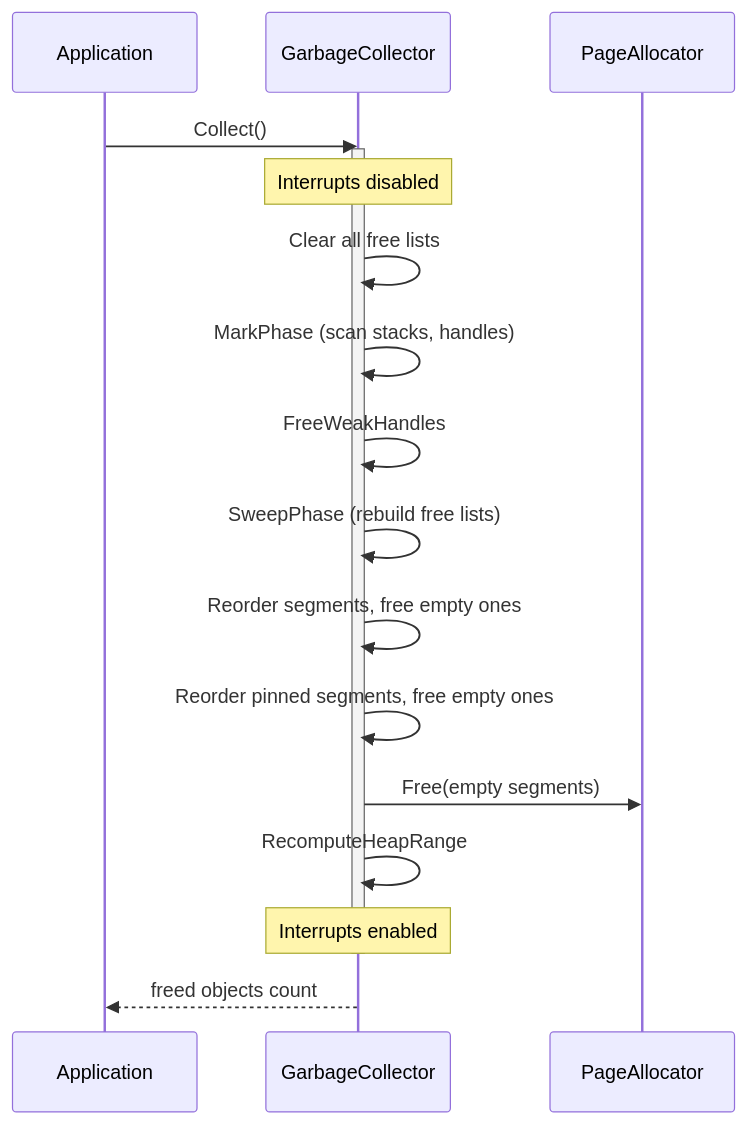
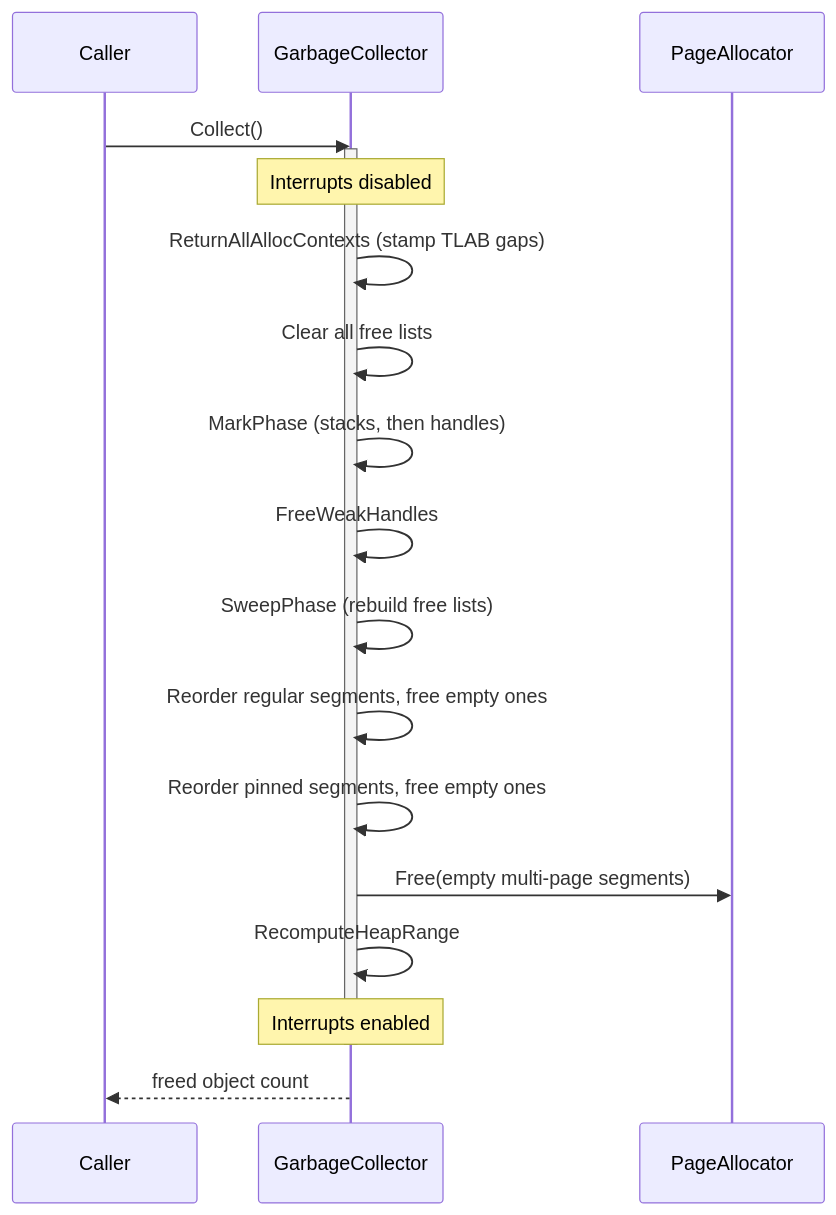
Before and after one commit to valentinbreiz/nativeaot-patcher: the seventh of 8 diagrams in docs/articles/dev/garbage-collector.md, drawn with Mermaid. The commit also changed other lines of this file and 2 other files, not shown here.

````diff
--- a/docs/articles/dev/garbage-collector.md
+++ b/docs/articles/dev/garbage-collector.md
@@ -283,21 +279,22 @@
 ```mermaid
 sequenceDiagram
-    participant App as Application
+    participant App as Caller
     participant GC as GarbageCollector
     participant PA as PageAllocator
 
     App->>GC: Collect()
     activate GC
     Note over GC: Interrupts disabled
+    GC->>GC: ReturnAllAllocContexts (stamp TLAB gaps)
     GC->>GC: Clear all free lists
-    GC->>GC: MarkPhase (scan stacks, handles)
+    GC->>GC: MarkPhase (stacks, then handles)
     GC->>GC: FreeWeakHandles
     GC->>GC: SweepPhase (rebuild free lists)
-    GC->>GC: Reorder segments, free empty ones 
-    GC->>GC: Reorder pinned segments, free empty ones 
-    GC->>PA: Free(empty segments)
+    GC->>GC: Reorder regular segments, free empty ones
+    GC->>GC: Reorder pinned segments, free empty ones
+    GC->>PA: Free(empty multi-page segments)
     GC->>GC: RecomputeHeapRange
     Note over GC: Interrupts enabled
     deactivate GC
-    GC-->>App: freed objects count
+    GC-->>App: freed object count
 ```
````
